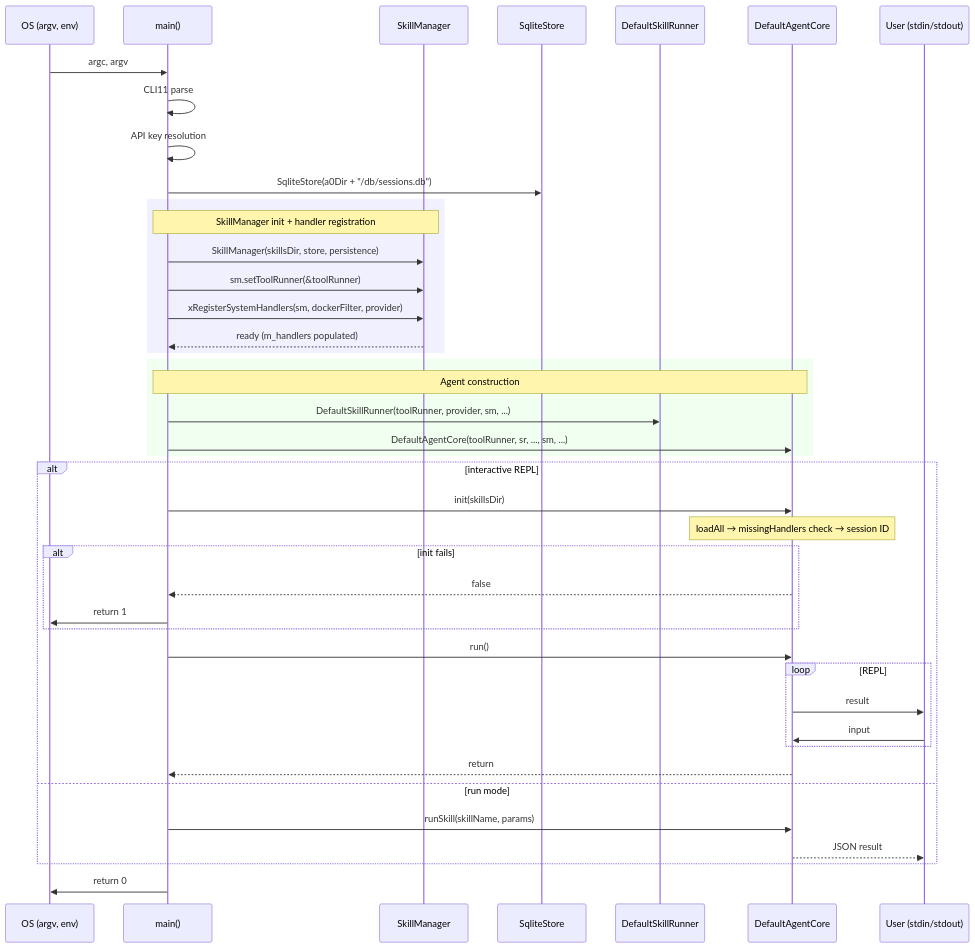
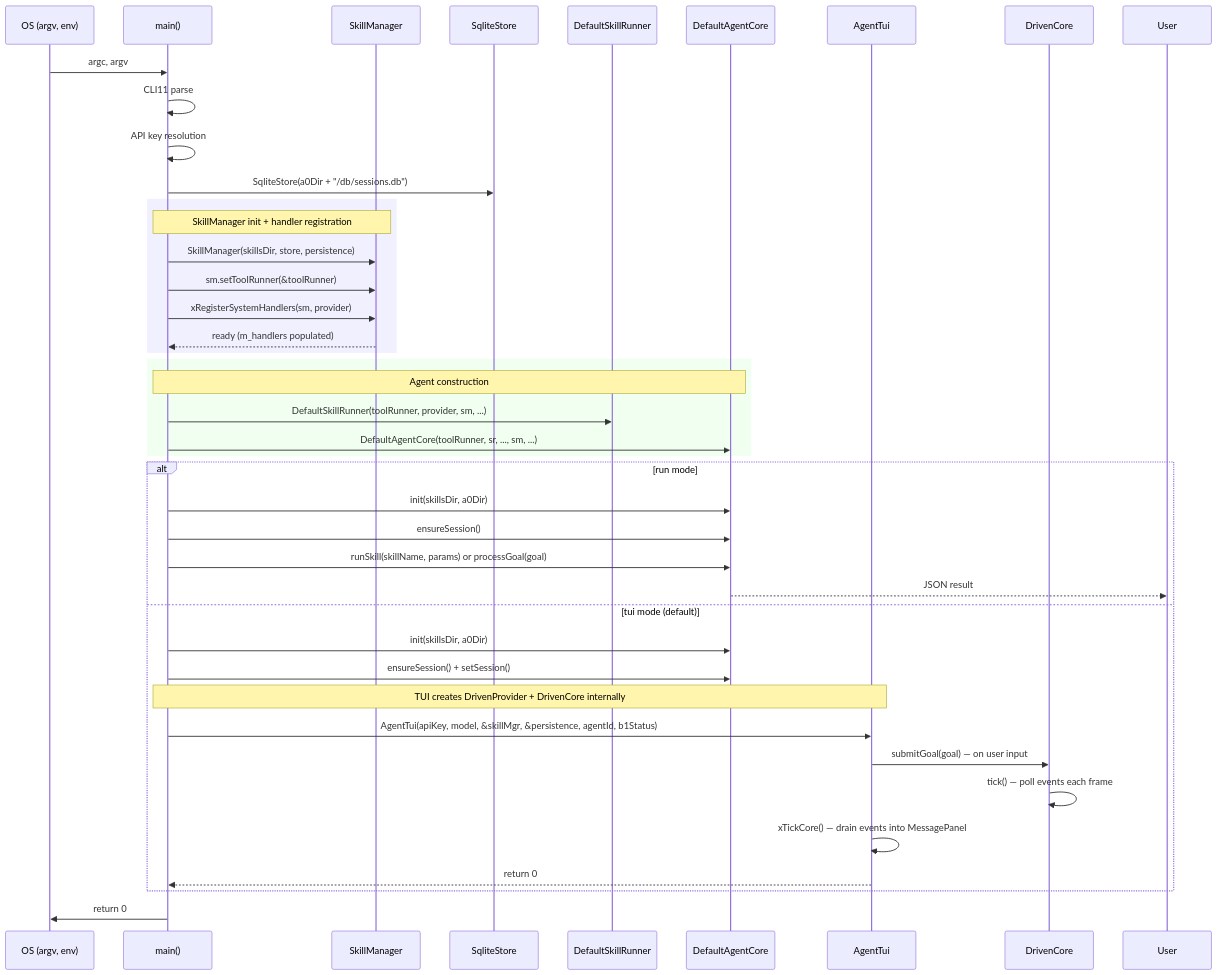
The second of 2 diagrams in src/main.spec.md (opensassi/a0), drawn with Mermaid before and after one commit. The commit also changed other lines of this file and 49 other files, not shown here.

Commit message:
Thread-separated App Core refactoring: add DrivenCore state machine, curl_multi async provider, MPSC channel; refactor AgentTui to remove AgentCore*; update all 43 spec files and 5 technical-specification.md files

````diff
--- a/src/main.spec.md
+++ b/src/main.spec.md
@@ -224,48 +235,47 @@
 ```mermaid
 sequenceDiagram
     participant OS as OS (argv, env)
     participant M as main()
     participant SM as SkillManager
     participant PS as SqliteStore
     participant SR as DefaultSkillRunner
     participant CORE as DefaultAgentCore
-    participant User as User (stdin/stdout)
+    participant TUI as AgentTui
+    participant DC as DrivenCore
 
     OS->>M: argc, argv
     M->>M: CLI11 parse
     M->>M: API key resolution
     M->>PS: SqliteStore(a0Dir + "/db/sessions.db")
 
     rect rgb(240, 240, 255)
         Note over M,SM: SkillManager init + handler registration
         M->>SM: SkillManager(skillsDir, store, persistence)
         M->>SM: sm.setToolRunner(&toolRunner)
-        M->>SM: xRegisterSystemHandlers(sm, dockerFilter, provider)
+        M->>SM: xRegisterSystemHandlers(sm, provider)
         SM-->>M: ready (m_handlers populated)
     end
 
     rect rgb(240, 255, 240)
         Note over M,CORE: Agent construction
         M->>SR: DefaultSkillRunner(toolRunner, provider, sm, ...)
         M->>CORE: DefaultAgentCore(toolRunner, sr, ..., sm, ...)
     end
 
-    alt interactive REPL
-        M->>CORE: init(skillsDir)
-        Note over CORE: loadAll → missingHandlers check → session ID
-        alt init fails
-            CORE-->>M: false
-            M->>OS: return 1
-        end
-        M->>CORE: run()
-        loop REPL
-            CORE->>User: result
-            User->>CORE: input
-        end
-        CORE-->>M: return
-    else run mode
-        M->>CORE: runSkill(skillName, params)
+    alt run mode
+        M->>CORE: init(skillsDir, a0Dir)
+        M->>CORE: ensureSession()
+        M->>CORE: runSkill(skillName, params) or processGoal(goal)
         CORE-->>User: JSON result
+    else tui mode (default)
+        M->>CORE: init(skillsDir, a0Dir)
+        M->>CORE: ensureSession() + setSession()
+        Note over M,TUI: TUI creates DrivenProvider + DrivenCore internally
+        M->>TUI: AgentTui(apiKey, model, &skillMgr, &persistence, agentId, b1Status)
+        TUI->>DC: submitGoal(goal) — on user input
+        DC->>DC: tick() — poll events each frame
+        TUI->>TUI: xTickCore() — drain events into MessagePanel
+        TUI-->>M: return 0
     end
     M->>OS: return 0
 ```
````
